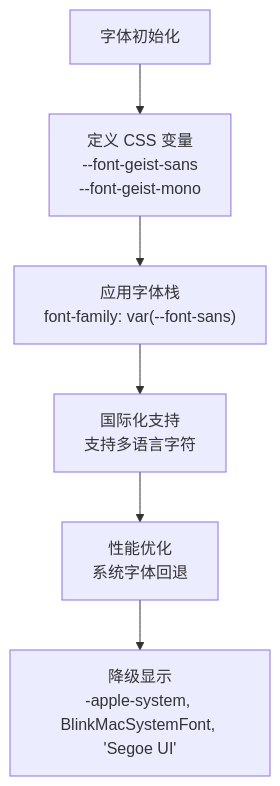
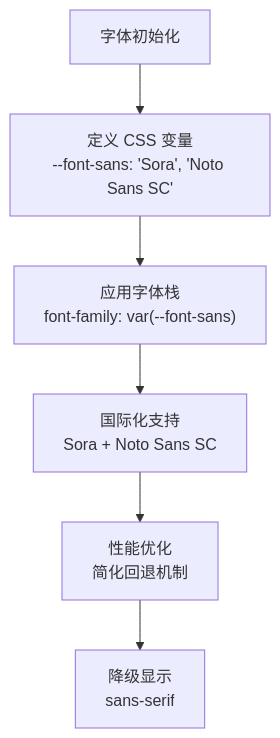
One commit to RadiumAg/AIGate changed diagram 11 of 12 in .qoder/repowiki/zh/content/架构设计/前端架构.md. Above: the diagram before and after it, drawn with Mermaid. The commit also changed other lines of this file and 3 other files, not shown here.

````diff
--- a/.qoder/repowiki/zh/content/架构设计/前端架构.md
+++ b/.qoder/repowiki/zh/content/架构设计/前端架构.md
@@ -578,8 +590,8 @@
 ```mermaid
 flowchart TD
-FontInit["字体初始化"] --> DefineVars["定义 CSS 变量<br/>--font-geist-sans<br/>--font-geist-mono"]
+FontInit["字体初始化"] --> DefineVars["定义 CSS 变量<br/>--font-sans: 'Sora', 'Noto Sans SC'"]
 DefineVars --> ApplyFonts["应用字体栈<br/>font-family: var(--font-sans)"]
-ApplyFonts --> IntlSupport["国际化支持<br/>支持多语言字符"]
-IntlSupport --> PerfOpt["性能优化<br/>系统字体回退"]
-PerfOpt --> Fallback["降级显示<br/>-apple-system, BlinkMacSystemFont, 'Segoe UI'"]
+ApplyFonts --> IntlSupport["国际化支持<br/>Sora + Noto Sans SC"]
+IntlSupport --> PerfOpt["性能优化<br/>简化回退机制"]
+PerfOpt --> Fallback["降级显示<br/>sans-serif"]
 ```
````
